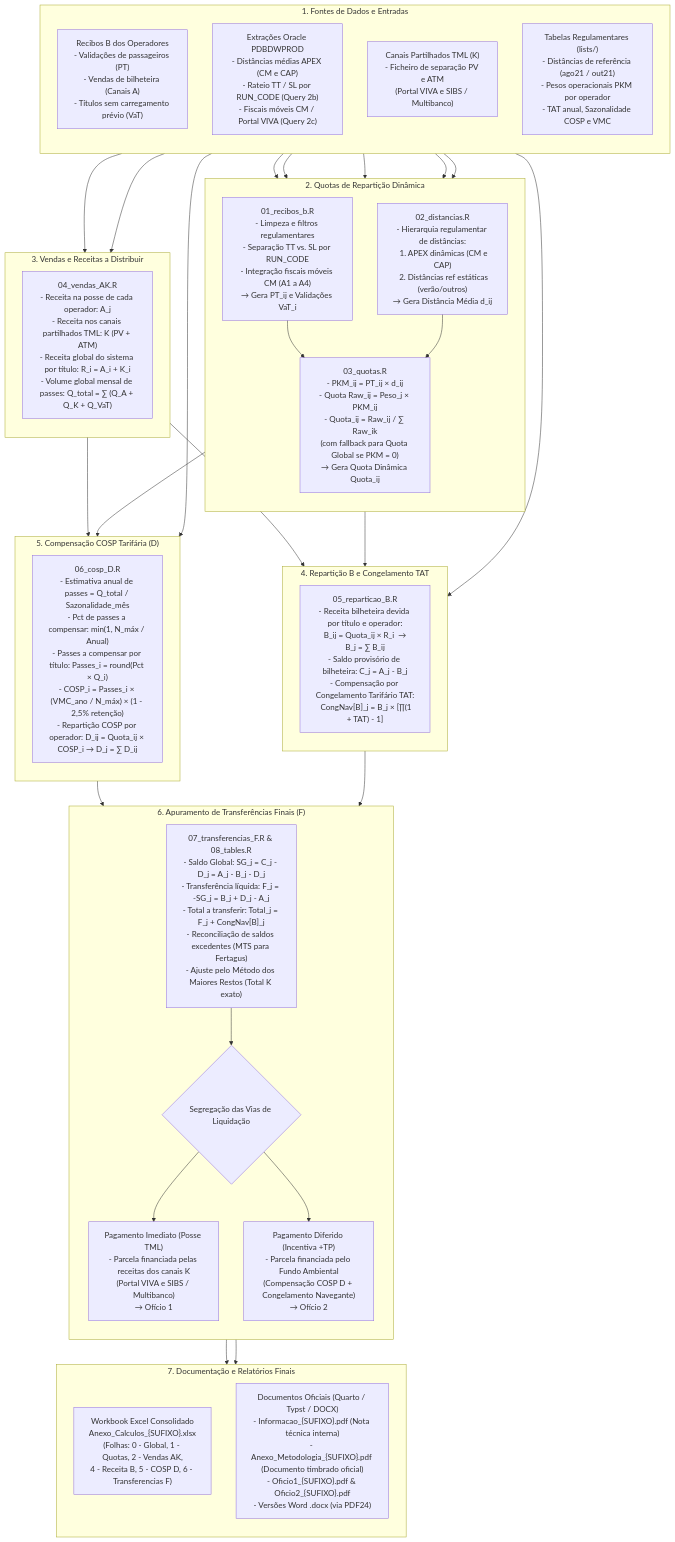
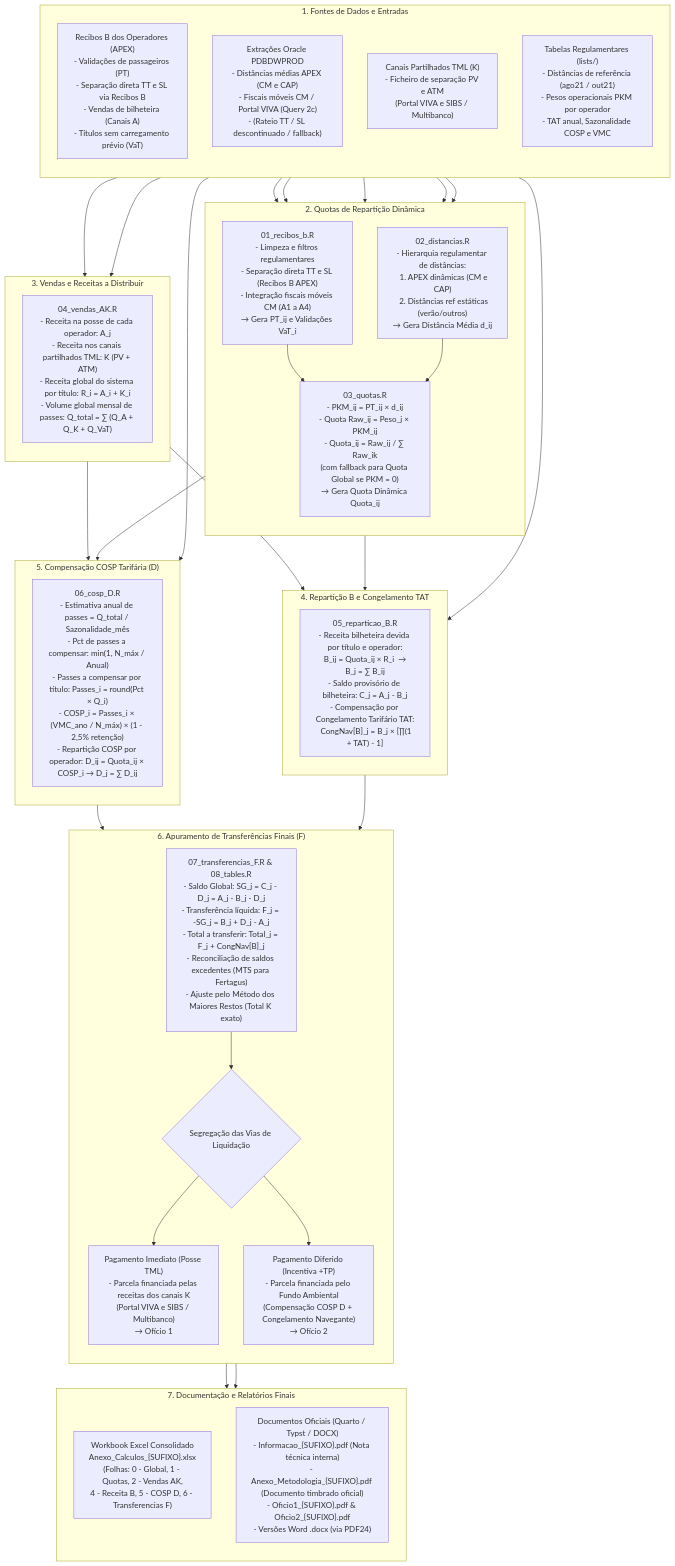
Before and after one commit to tmlmobilidade/compensacoes-navegante: the diagram in code/procedure.md, drawn with Mermaid. The commit also changed 2 other files, not shown here.

Commit message:
SS_TT.sql descontinuada. documentação #7

```diff
--- a/code/procedure.md
+++ b/code/procedure.md
@@ -17,8 +17,8 @@
     %% -------------------------------------------------------------------------
     subgraph IN["1. Fontes de Dados e Entradas"]
         direction TB
-        IN_RECIBOS["Recibos B dos Operadores\n- Validações de passageiros (PT)\n- Vendas de bilheteira (Canais A)\n- Títulos sem carregamento prévio (VaT)"]
-        IN_ORACLE["Extrações Oracle PDBDWPROD\n- Distâncias médias APEX (CM e CAP)\n- Rateio TT / SL por RUN_CODE (Query 2b)\n- Fiscais móveis CM / Portal VIVA (Query 2c)"]
+        IN_RECIBOS["Recibos B dos Operadores (APEX)\n- Validações de passageiros (PT)\n- Separação direta TT e SL via Recibos B\n- Vendas de bilheteira (Canais A)\n- Títulos sem carregamento prévio (VaT)"]
+        IN_ORACLE["Extrações Oracle PDBDWPROD\n- Distâncias médias APEX (CM e CAP)\n- Fiscais móveis CM / Portal VIVA (Query 2c)\n- (Rateio TT / SL descontinuado / fallback)"]
         IN_K["Canais Partilhados TML (K)\n- Ficheiro de separação PV e ATM\n(Portal VIVA e SIBS / Multibanco)"]
         IN_LISTS["Tabelas Regulamentares (lists/)\n- Distâncias de referência (ago21 / out21)\n- Pesos operacionais PKM por operador\n- TAT anual, Sazonalidade COSP e VMC"]
     end
@@ -28,7 +28,7 @@
     %% -------------------------------------------------------------------------
     subgraph QUOTAS_STEP["2. Quotas de Repartição Dinâmica"]
         direction TB
-        P01["01_recibos_b.R\n- Limpeza e filtros regulamentares\n- Separação TT vs. SL por RUN_CODE\n- Integração fiscais móveis CM (A1 a A4)\n→ Gera PT_ij e Validações VaT_i"]
+        P01["01_recibos_b.R\n- Limpeza e filtros regulamentares\n- Separação direta TT e SL (Recibos B APEX)\n- Integração fiscais móveis CM (A1 a A4)\n→ Gera PT_ij e Validações VaT_i"]
         P02["02_distancias.R\n- Hierarquia regulamentar de distâncias:\n  1. APEX dinâmicas (CM e CAP)\n  2. Distâncias ref estáticas (verão/outros)\n→ Gera Distância Média d_ij"]
         P03["03_quotas.R\n- PKM_ij = PT_ij × d_ij\n- Quota Raw_ij = Peso_j × PKM_ij\n- Quota_ij = Raw_ij / ∑ Raw_ik\n(com fallback para Quota Global se PKM = 0)\n→ Gera Quota Dinâmica Quota_ij"]
     
```
